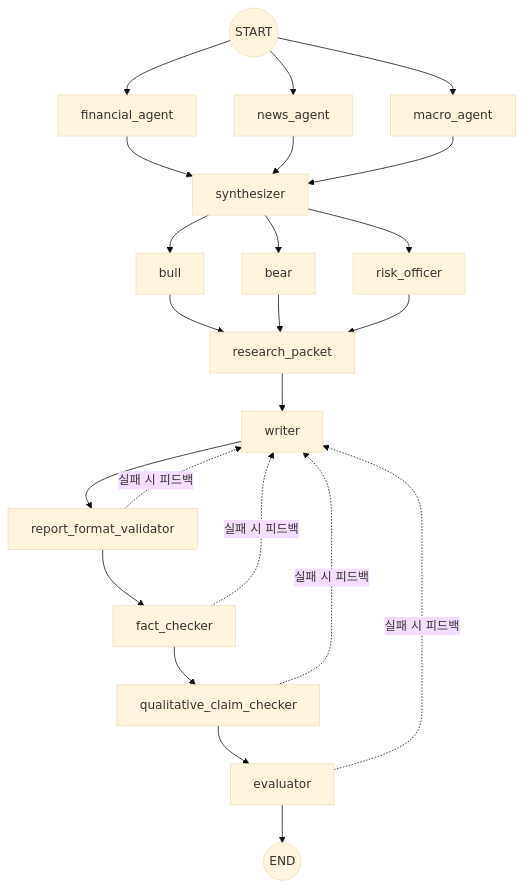
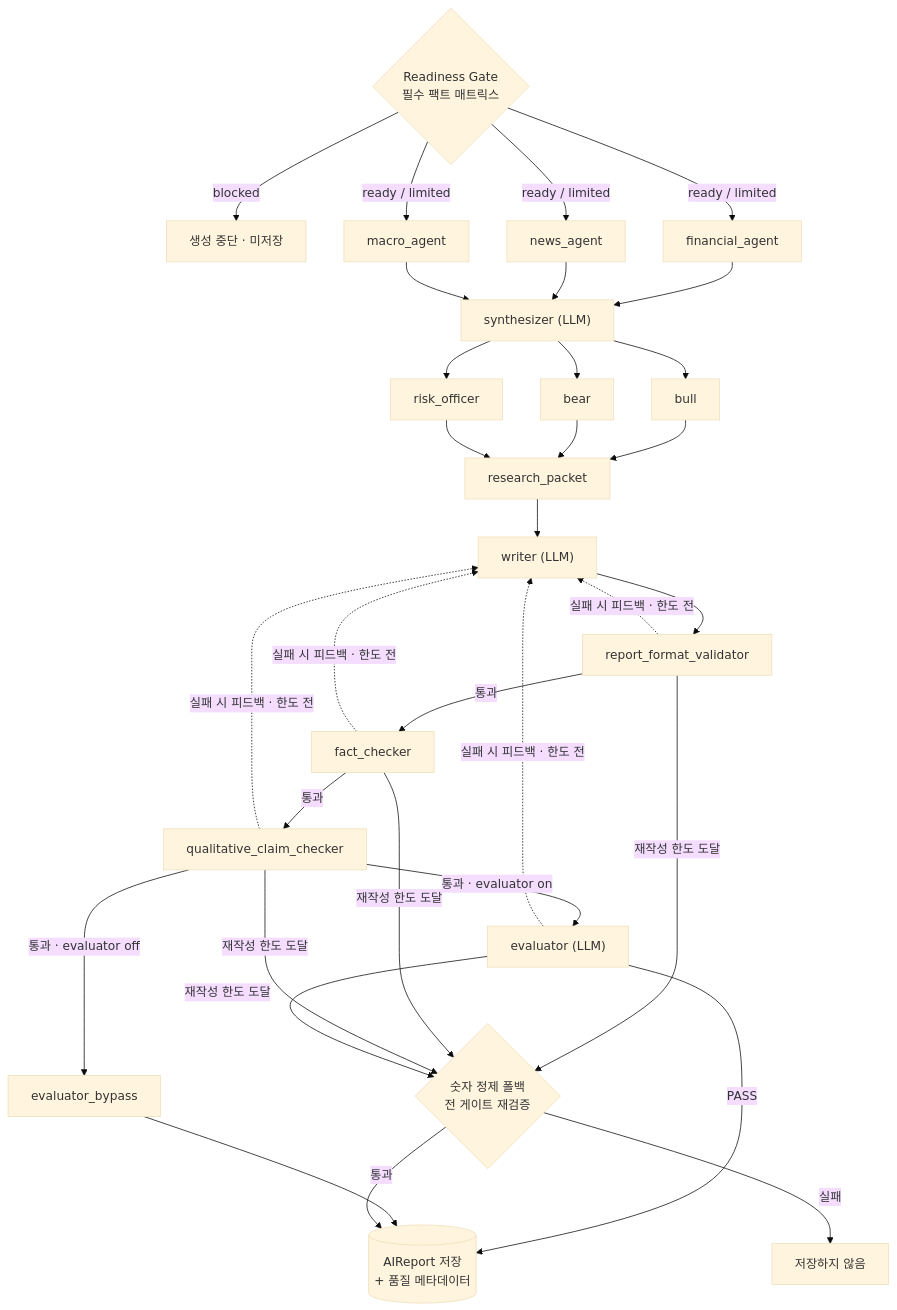
Before and after one commit to SunWoo1213/AI-Invest: the second of 3 diagrams in README.md, drawn with Mermaid (base theme). The commit also changed other lines of this file, not shown here.

````diff
--- a/README.md
+++ b/README.md
@@ -80,14 +106,20 @@
 ```mermaid
 flowchart TD
-    START((START)) --> FA[financial_agent] & NA[news_agent] & MA[macro_agent]
-    FA & NA & MA --> SY[synthesizer]
+    RD{"Readiness Gate<br/>필수 팩트 매트릭스"} -->|blocked| STOP[생성 중단 · 미저장]
+    RD -->|ready / limited| FA[financial_agent] & NA[news_agent] & MA[macro_agent]
+    FA & NA & MA --> SY["synthesizer (LLM)"]
     SY --> BULL[bull] & BEAR[bear] & RISK[risk_officer]
     BULL & BEAR & RISK --> RP[research_packet]
-    RP --> W[writer]
+    RP --> W["writer (LLM)"]
     W --> V1[report_format_validator]
-    V1 --> V2[fact_checker]
-    V2 --> V3[qualitative_claim_checker]
-    V3 --> EV[evaluator]
-    EV --> END((END))
-    V1 & V2 & V3 & EV -. 실패 시 피드백 .-> W
+    V1 -->|통과| V2[fact_checker]
+    V2 -->|통과| V3[qualitative_claim_checker]
+    V3 -->|통과 · evaluator on| EV["evaluator (LLM)"]
+    V3 -->|통과 · evaluator off| BY[evaluator_bypass]
+    V1 & V2 & V3 & EV -. 실패 시 피드백 · 한도 전 .-> W
+    EV -->|PASS| SAVE[("AIReport 저장<br/>+ 품질 메타데이터")]
+    BY --> SAVE
+    V1 & V2 & V3 & EV -->|재작성 한도 도달| FB{"숫자 정제 폴백<br/>전 게이트 재검증"}
+    FB -->|통과| SAVE
+    FB -->|실패| DROP[저장하지 않음]
 ```
````
